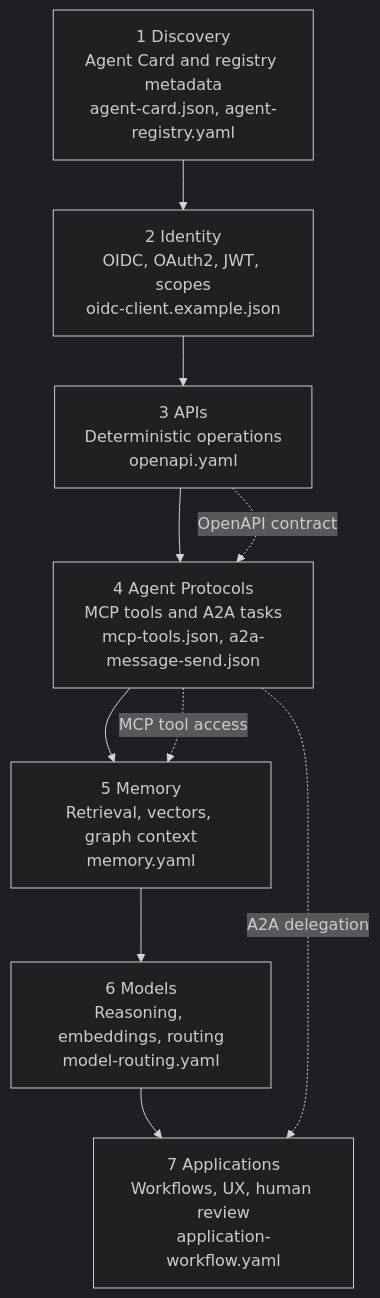
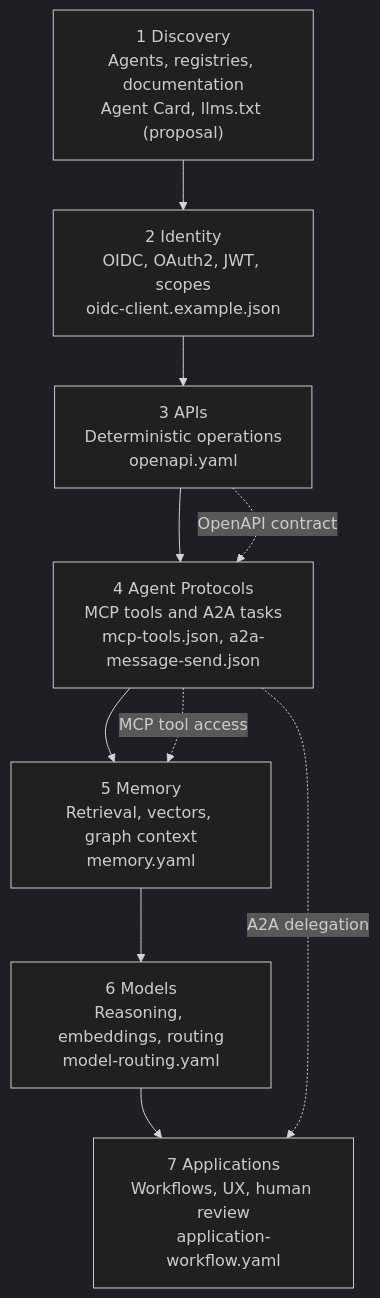
Before and after one commit to cklukas/Agentic-Web-Stack: the diagram in docs/architecture/index.md, drawn with Mermaid (dark theme). The commit also changed other lines of this file and 16 other files, not shown here.

Commit message:
Add square favicon and connect llms.txt throughout the architecture

````diff
--- a/docs/architecture/index.md
+++ b/docs/architecture/index.md
@@ -17,15 +17,15 @@
 ```mermaid
 flowchart TB
   L7["7 Applications<br/>Workflows, UX, human review<br/>application-workflow.yaml"]
   L6["6 Models<br/>Reasoning, embeddings, routing<br/>model-routing.yaml"]
   L5["5 Memory<br/>Retrieval, vectors, graph context<br/>memory.yaml"]
   L4["4 Agent Protocols<br/>MCP tools and A2A tasks<br/>mcp-tools.json, a2a-message-send.json"]
   L3["3 APIs<br/>Deterministic operations<br/>openapi.yaml"]
   L2["2 Identity<br/>OIDC, OAuth2, JWT, scopes<br/>oidc-client.example.json"]
-  L1["1 Discovery<br/>Agent Card and registry metadata<br/>agent-card.json, agent-registry.yaml"]
+  L1["1 Discovery<br/>Agents, registries, documentation<br/>Agent Card, llms.txt (proposal)"]
 
   L1 --> L2 --> L3 --> L4 --> L5 --> L6 --> L7
   L3 -. OpenAPI contract .-> L4
   L4 -. MCP tool access .-> L5
   L4 -. A2A delegation .-> L7
 ```
````
